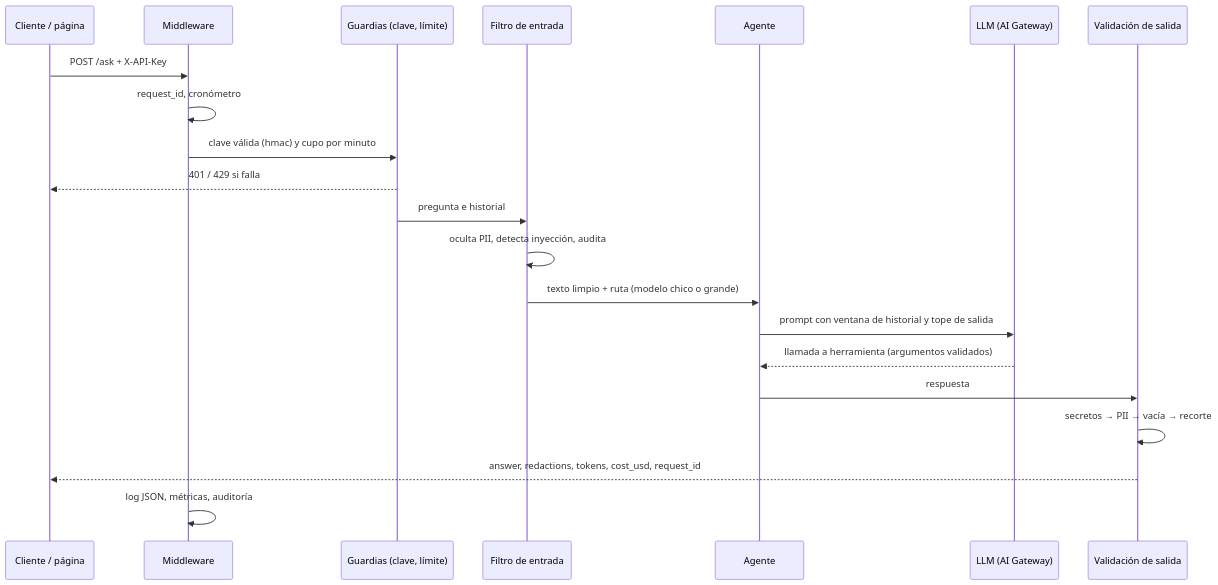
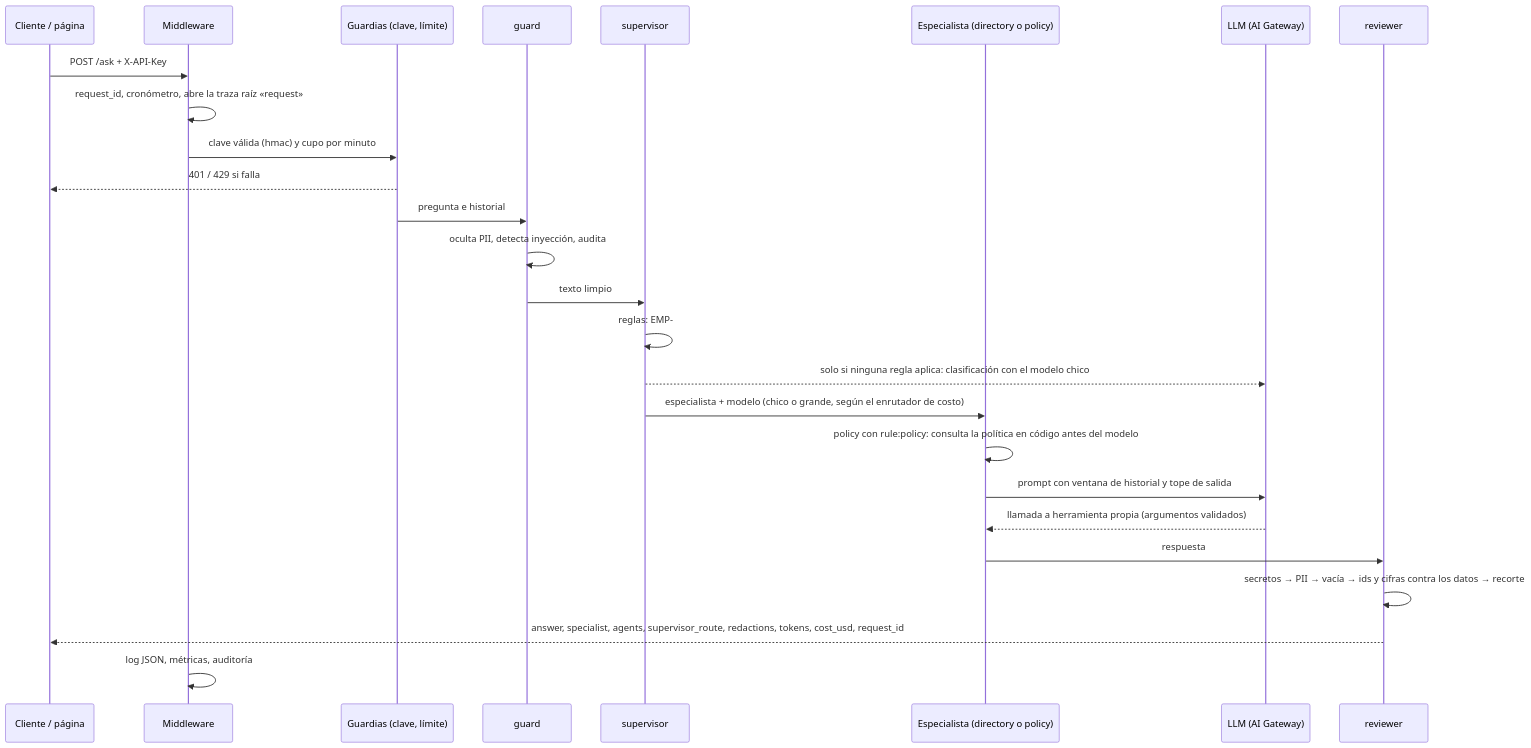
Before and after one commit to EvelyneFranco/NextGenCode-M4-Agentes: the second of 2 diagrams in reto/evelyne-franco/README.md, drawn with Mermaid. The commit also changed other lines of this file and 59 other files, not shown here.

````diff
--- a/reto/evelyne-franco/README.md
+++ b/reto/evelyne-franco/README.md
@@ -49,23 +59,28 @@
 ```mermaid
 sequenceDiagram
   participant U as Cliente / página
   participant M as Middleware
   participant G as Guardias (clave, límite)
-  participant I as Filtro de entrada
-  participant A as Agente
+  participant GU as guard
+  participant SU as supervisor
+  participant E as Especialista (directory o policy)
   participant L as LLM (AI Gateway)
-  participant O as Validación de salida
+  participant RV as reviewer
   U->>M: POST /ask + X-API-Key
-  M->>M: request_id, cronómetro
+  M->>M: request_id, cronómetro, abre la traza raíz «request»
   M->>G: clave válida (hmac) y cupo por minuto
   G-->>U: 401 / 429 si falla
-  G->>I: pregunta e historial
-  I->>I: oculta PII, detecta inyección, audita
-  I->>A: texto limpio + ruta (modelo chico o grande)
-  A->>L: prompt con ventana de historial y tope de salida
-  L-->>A: llamada a herramienta (argumentos validados)
-  A->>O: respuesta
-  O->>O: secretos → PII → vacía → recorte
-  O-->>U: answer, redactions, tokens, cost_usd, request_id
+  G->>GU: pregunta e historial
+  GU->>GU: oculta PII, detecta inyección, audita
+  GU->>SU: texto limpio
+  SU->>SU: reglas: EMP-#### / departamento / palabra clave de política
+  SU-->>L: solo si ninguna regla aplica: clasificación con el modelo chico
+  SU->>E: especialista + modelo (chico o grande, según el enrutador de costo)
+  E->>E: policy con rule:policy: consulta la política en código antes del modelo
+  E->>L: prompt con ventana de historial y tope de salida
+  L-->>E: llamada a herramienta propia (argumentos validados)
+  E->>RV: respuesta
+  RV->>RV: secretos → PII → vacía → ids y cifras contra los datos → recorte
+  RV-->>U: answer, specialist, agents, supervisor_route, redactions, tokens, cost_usd, request_id
   M->>M: log JSON, métricas, auditoría
 ```
````
